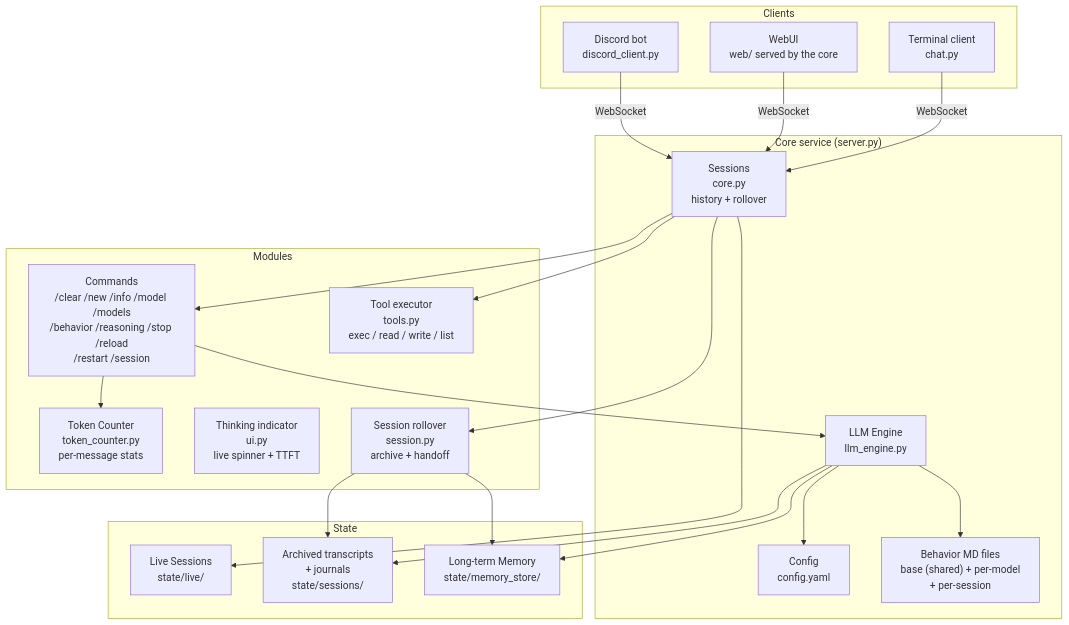
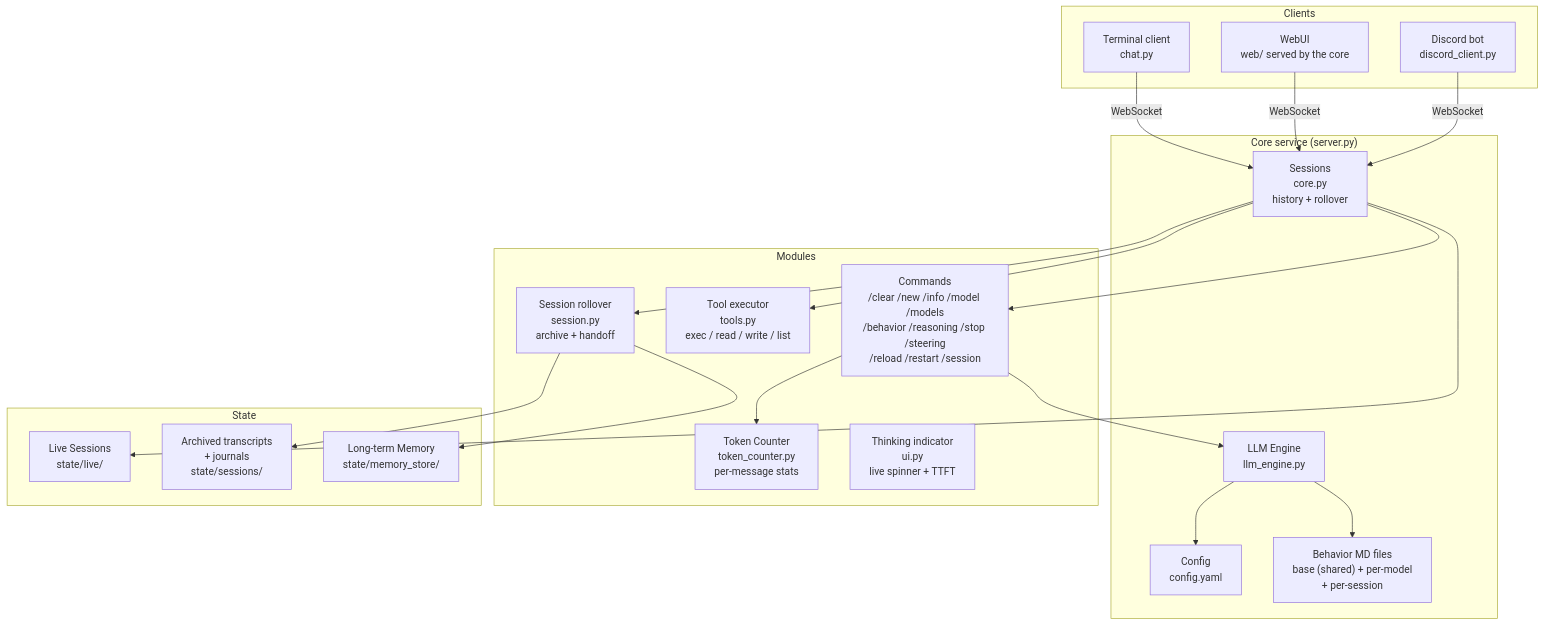
Before and after one commit to goluckyryan/letsClaw: the first of 3 diagrams in README.md, drawn with Mermaid. The commit also changed other lines of this file, not shown here.

````diff
--- a/README.md
+++ b/README.md
@@ -70,45 +97,43 @@
 ```mermaid
 graph TD
     subgraph Clients
         REPL[Terminal client\nchat.py]
         Web[WebUI\nweb/ served by the core]
         Disc[Discord bot\ndiscord_client.py]
     end
 
     subgraph Core["Core service (server.py)"]
         Sessions2[Sessions\ncore.py\nhistory + rollover]
         Engine[LLM Engine\nllm_engine.py]
         Config[Config\nconfig.yaml]
         ModelFile["Behavior MD files\nbase (shared) + per-model\n+ per-session"]
     end
 
     subgraph Modules
-        Cmds[Commands\n/clear /new /info /model /models\n/behavior /reasoning /stop /reload\n/restart /session]
+        Cmds[Commands\n/clear /new /info /model /models\n/behavior /reasoning /stop /steering\n/reload /restart /session]
         TokenCounter[Token Counter\ntoken_counter.py\nper-message stats]
         ThinkingUI[Thinking indicator\nui.py\nlive spinner + TTFT]
         Tools[Tool executor\ntools.py\nexec / read / write / list]
         Roll[Session rollover\nsession.py\narchive + handoff]
     end
 
     subgraph State
         Live[Live Sessions\nstate/live/]
         Sessions[Archived transcripts\n+ journals\nstate/sessions/]
         Memory[Long-term Memory\nstate/memory_store/]
     end
 
     REPL -->|WebSocket| Sessions2
     Web -->|WebSocket| Sessions2
     Disc -->|WebSocket| Sessions2
     Sessions2 --> Cmds
     Sessions2 --> Tools
     Sessions2 --> Roll
     Sessions2 --> Live
     Roll --> Sessions
     Roll --> Memory
     Cmds --> Engine
     Engine --> Config
     Engine --> ModelFile
     Cmds --> TokenCounter
-    Engine --> Sessions
-    Engine --> Memory
 ```
````
